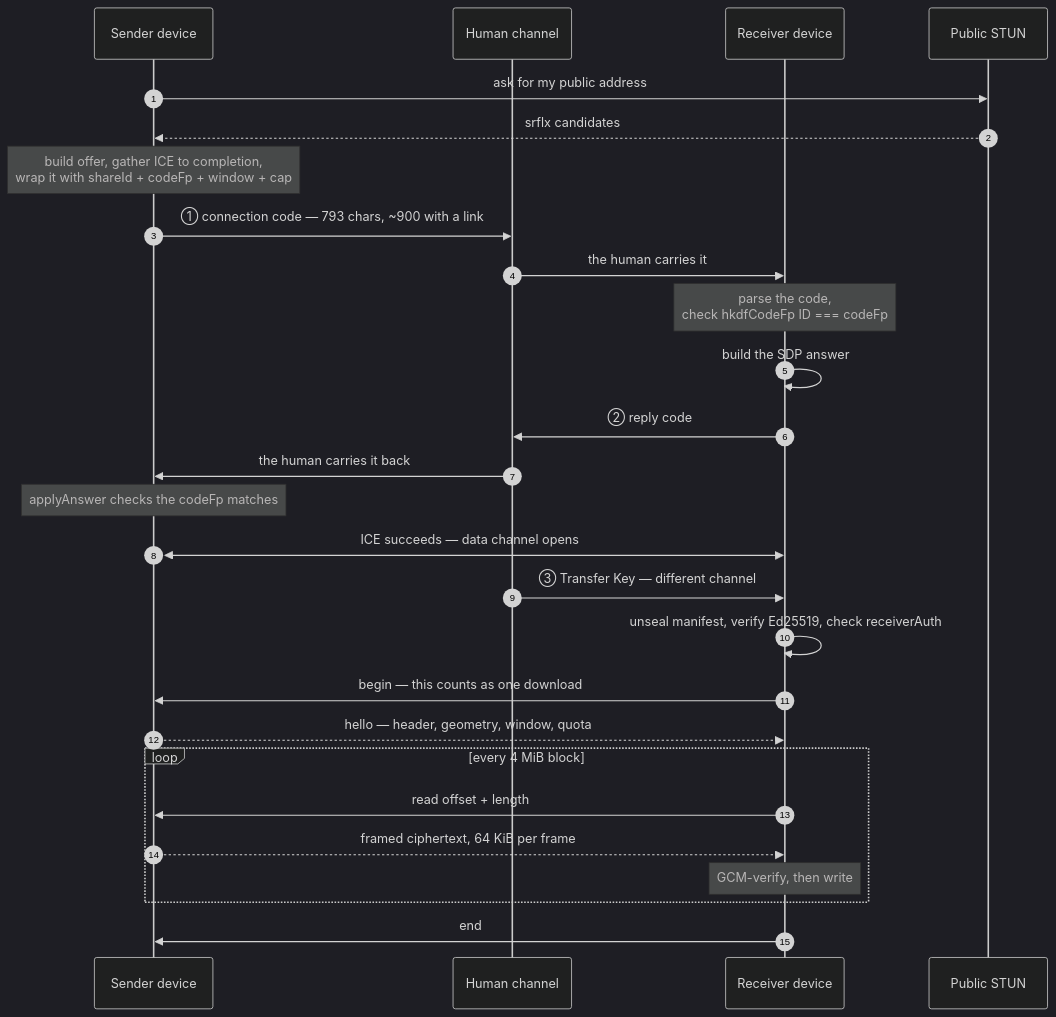
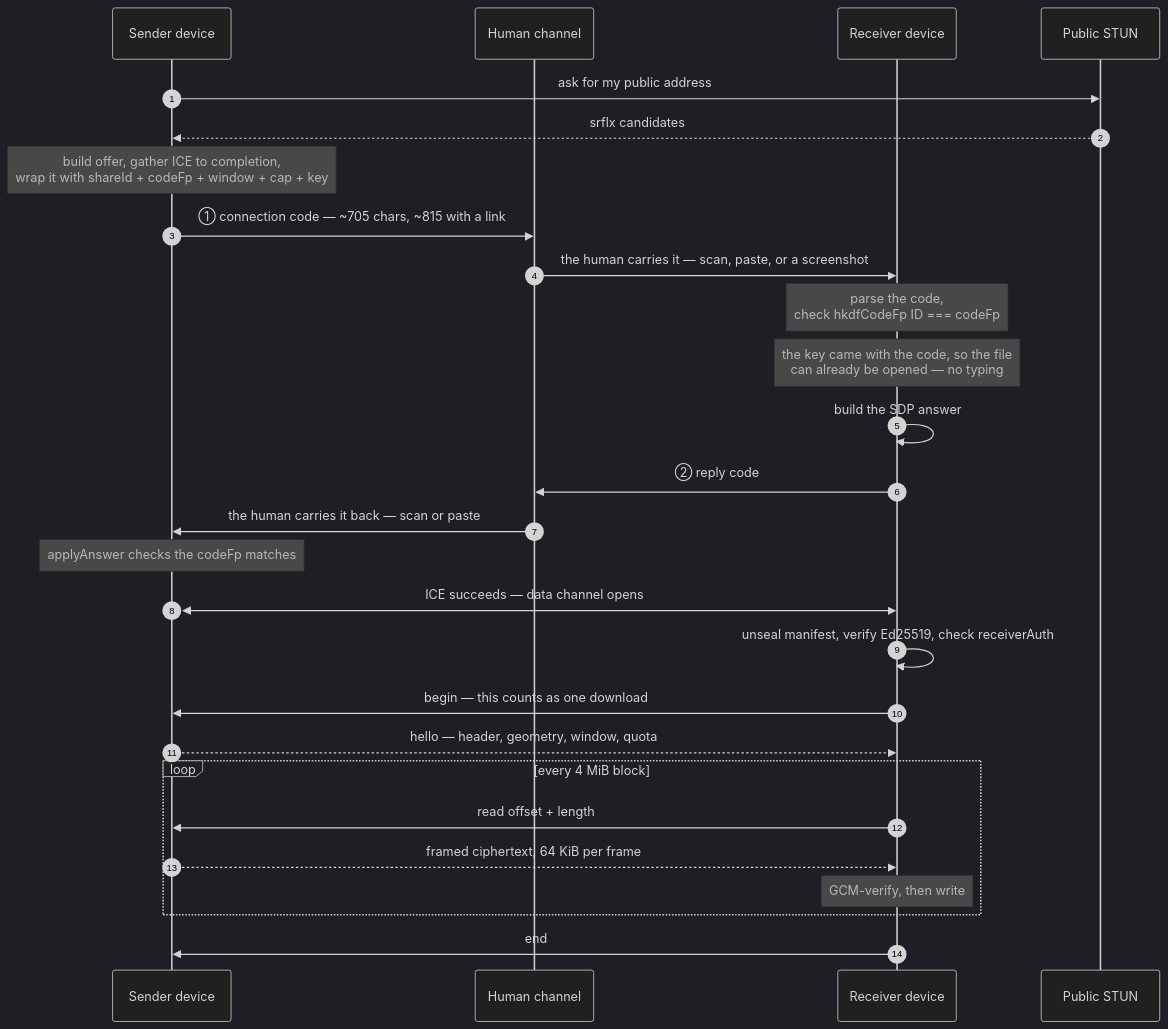
One commit to hackersfun369/streamer changed the second of 8 diagrams in docs/DIAGRAMS.md. Above: the diagram before and after it, drawn with Mermaid (dark theme). The commit also changed other lines of this file and 18 other files, not shown here.

First line of the commit message:
Redesign the UI around one code, with the key inside it

````diff
--- a/docs/DIAGRAMS.md
+++ b/docs/DIAGRAMS.md
@@ -62,30 +62,30 @@
 ```mermaid
 sequenceDiagram
     autonumber
     participant S as Sender device
     participant H as Human channel
     participant R as Receiver device
     participant N as Public STUN
 
     S->>N: ask for my public address
     N-->>S: srflx candidates
-    Note over S: build offer, gather ICE to completion,<br/>wrap it with shareId + codeFp + window + cap
-    S->>H: ① connection code — 793 chars, ~900 with a link
-    H->>R: the human carries it
+    Note over S: build offer, gather ICE to completion,<br/>wrap it with shareId + codeFp + window + cap + key
+    S->>H: ① connection code — ~705 chars, ~815 with a link
+    H->>R: the human carries it — scan, paste, or a screenshot
     Note over R: parse the code,<br/>check hkdfCodeFp ID === codeFp
+    Note over R: the key came with the code, so the file<br/>can already be opened — no typing
     R->>R: build the SDP answer
     R->>H: ② reply code
-    H->>S: the human carries it back
+    H->>S: the human carries it back — scan or paste
     Note over S: applyAnswer checks the codeFp matches
     S<<->>R: ICE succeeds — data channel opens
-    H->>R: ③ Transfer Key — different channel
     R->>R: unseal manifest, verify Ed25519, check receiverAuth
     R->>S: begin — this counts as one download
     S-->>R: hello — header, geometry, window, quota
     loop every 4 MiB block
         R->>S: read offset + length
         S-->>R: framed ciphertext, 64 KiB per frame
         Note over R: GCM-verify, then write
     end
     R->>S: end
 ```
````
